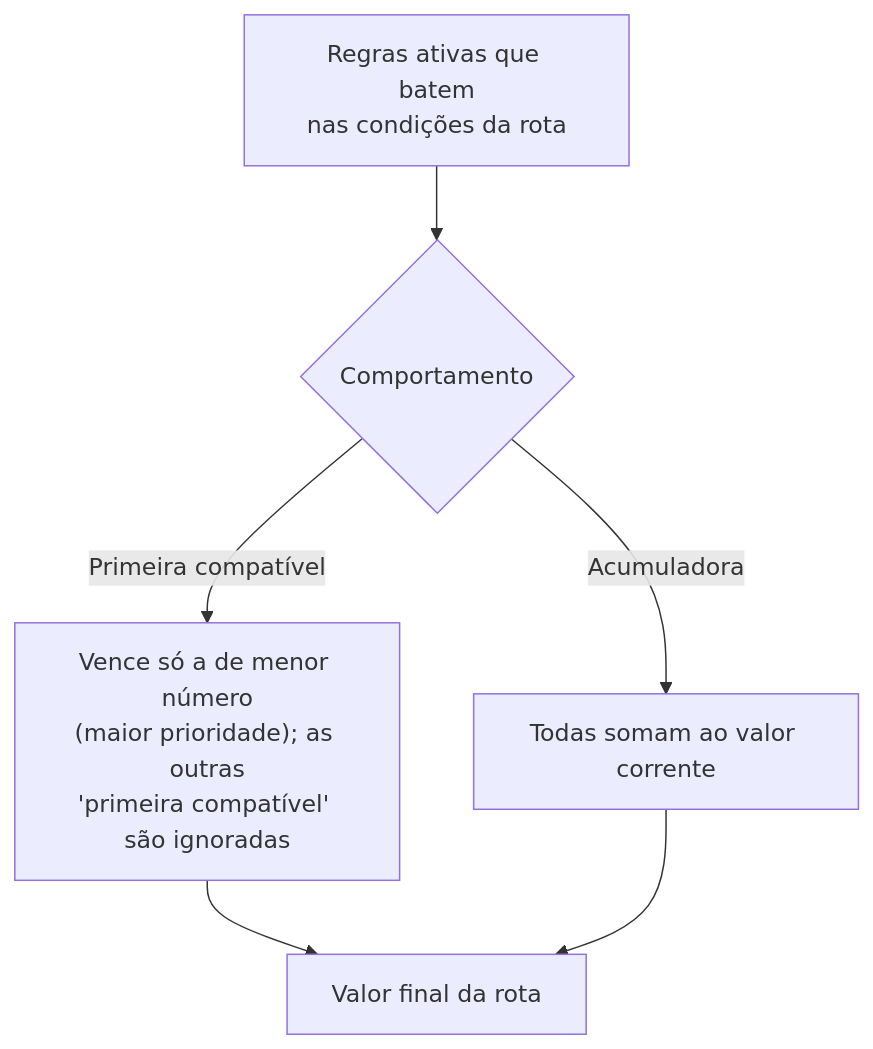
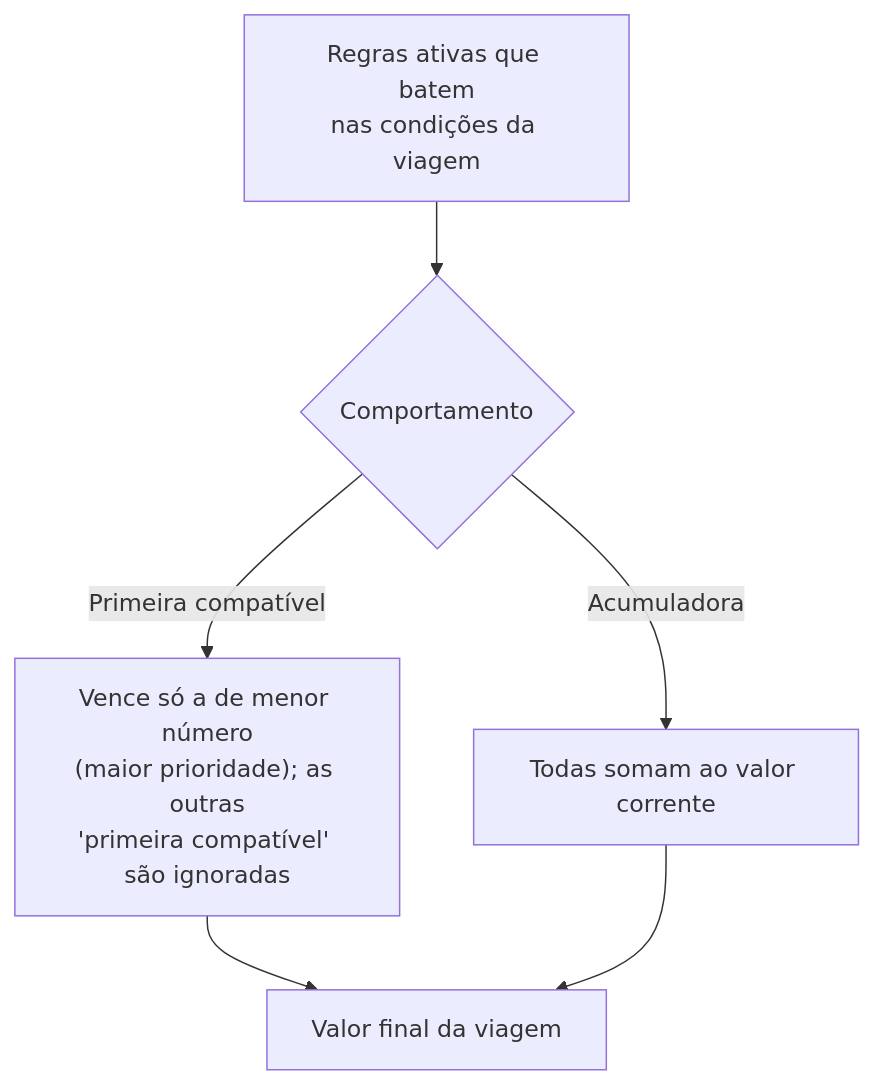
The second of 3 diagrams in configuracoes/motor-de-frete-avancado.md (LocFlowTeam/locflow-docs), drawn with Mermaid before and after one commit. The commit also changed other lines of this file and 25 other files, not shown here.

````diff
--- a/configuracoes/motor-de-frete-avancado.md
+++ b/configuracoes/motor-de-frete-avancado.md
@@ -126,8 +132,8 @@
 ```mermaid
 flowchart TD
-  R["Regras ativas que batem<br/>nas condições da rota"] --> P{Comportamento}
+  R["Regras ativas que batem<br/>nas condições da viagem"] --> P{Comportamento}
   P -->|Primeira compatível| U["Vence só a de menor número<br/>(maior prioridade); as outras<br/>'primeira compatível' são ignoradas"]
   P -->|Acumuladora| S["Todas somam ao valor corrente"]
-  U --> T["Valor final da rota"]
+  U --> T["Valor final da viagem"]
   S --> T
 ```
````
